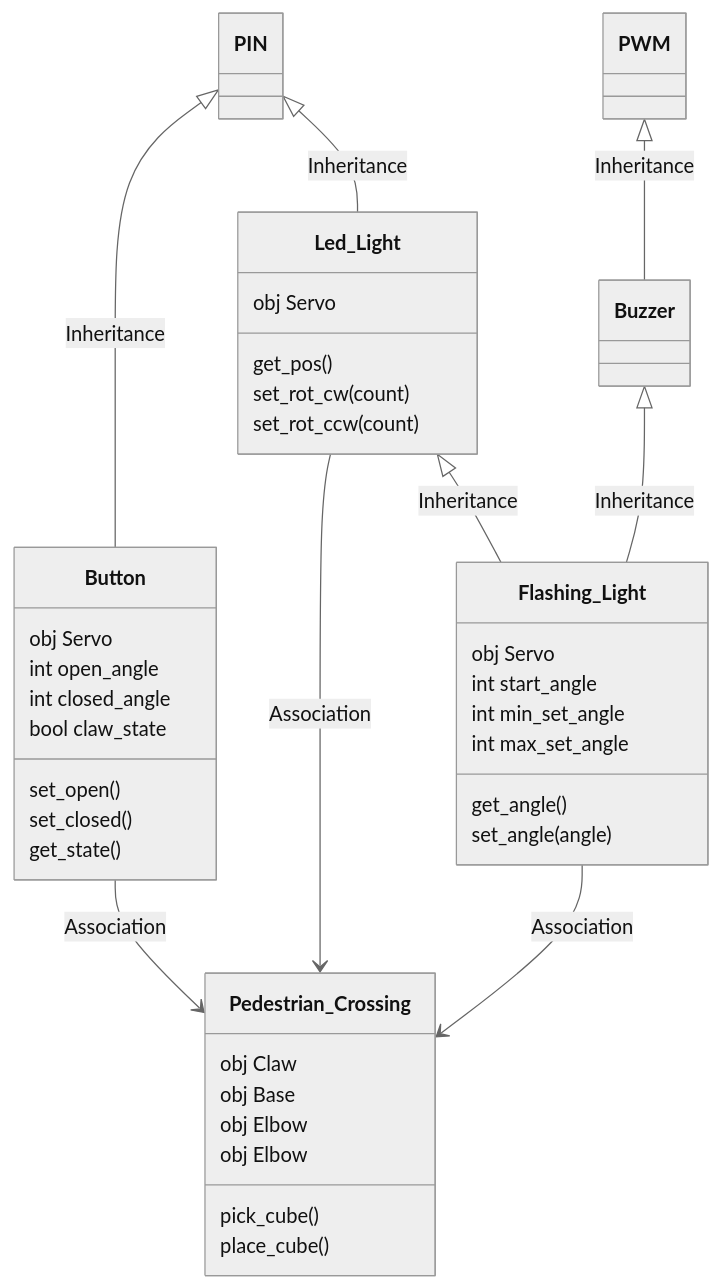
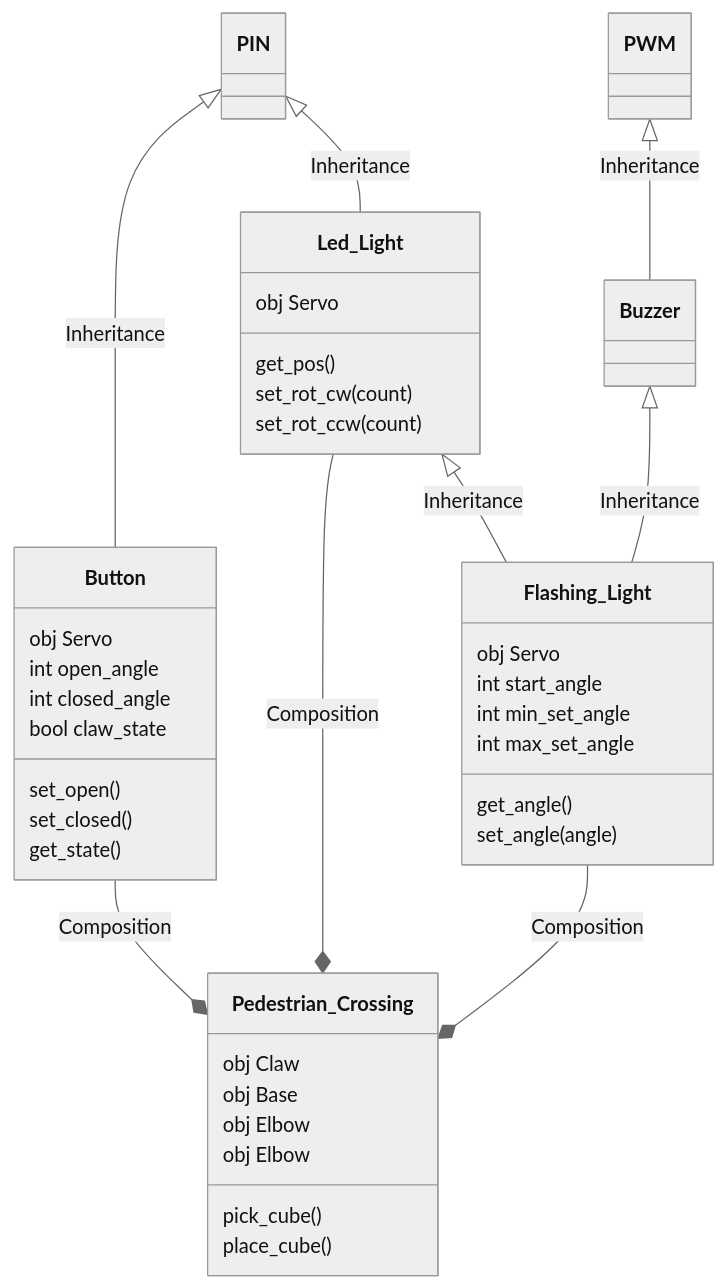
The diagram in README.md (TempeHS/MicroPython_OOP_Pi_Pico_Mini_Project_Source), drawn with Mermaid (neutral theme) before and after one commit.

````diff
--- a/README.md
+++ b/README.md
@@ -58,45 +58,45 @@
 ```mermaid
 classDiagram
     PIN <|-- Button : Inheritance
     PIN <|-- Led_Light : Inheritance
     PWM <|-- Buzzer : Inheritance
     Led_Light <|-- Flashing_Light : Inheritance
     Buzzer <|-- Flashing_Light : Inheritance
-    Button --> Pedestrian_Crossing : Association
-    Led_Light --> Pedestrian_Crossing : Association
-    Flashing_Light --> Pedestrian_Crossing : Association
+    Button --* Pedestrian_Crossing : Composition
+    Led_Light --* Pedestrian_Crossing : Composition
+    Flashing_Light --* Pedestrian_Crossing : Composition
     class PIN{
 
     }
     class Led_Light{
         obj Servo
         get_pos()
         set_rot_cw(count)
         set_rot_ccw(count)
     }
     class Flashing_Light{
         obj Servo
         int start_angle
         int min_set_angle
         int max_set_angle
         get_angle()
         set_angle(angle)
     }
     class Button{
         obj Servo
         int open_angle
         int closed_angle
         bool claw_state
         set_open()
         set_closed()
         get_state()
     }
     class Pedestrian_Crossing{
         obj Claw
         obj Base
         obj Elbow
         obj Elbow
         pick_cube()
         place_cube()
     }
 ```
````
